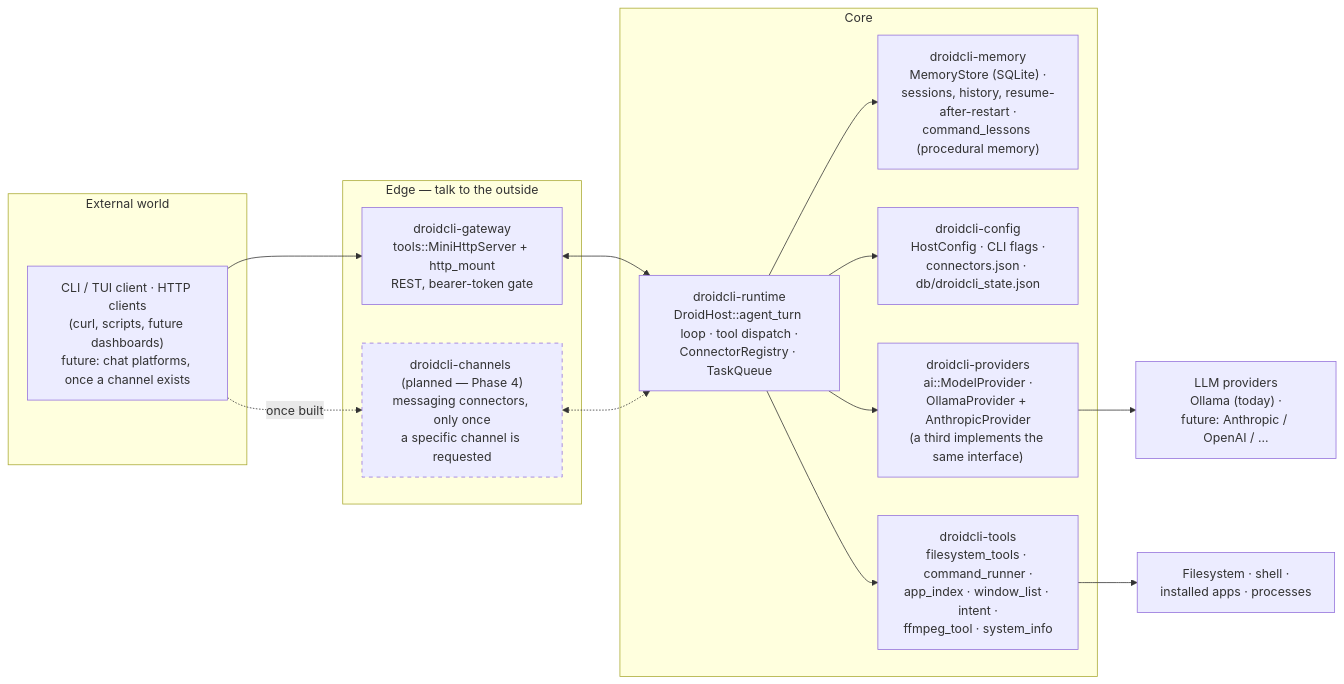
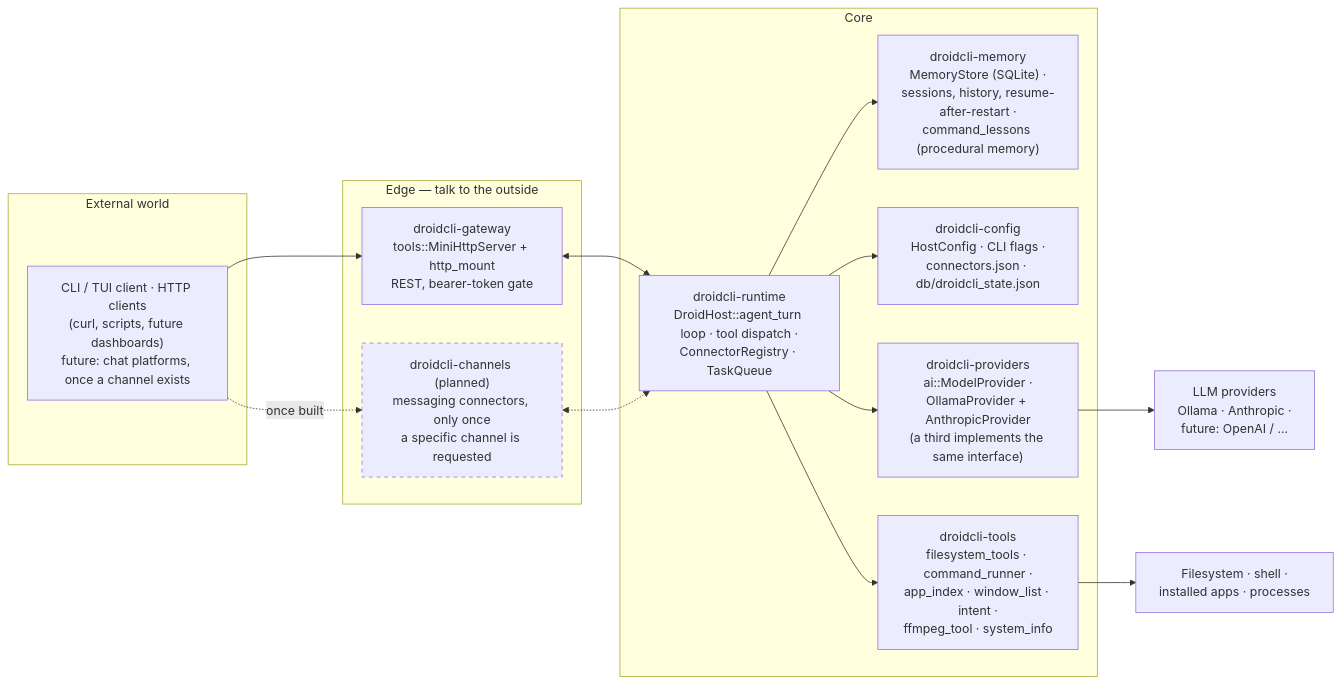
One commit to vecnode/droidcli changed the fifth of 6 diagrams in ARCHITECTURE.md. Above: the diagram before and after it, drawn with Mermaid. The commit also changed other lines of this file and 1 other file, not shown here.

First line of the commit message:
Trim ARCHITECTURE.md and add layered module diagram

````diff
--- a/ARCHITECTURE.md
+++ b/ARCHITECTURE.md
@@ -788,36 +643,36 @@
 ```mermaid
 flowchart LR
     subgraph EXT["External world"]
         CLIENTS["CLI / TUI client · HTTP clients\n(curl, scripts, future dashboards)\nfuture: chat platforms, once a channel exists"]
     end
 
     subgraph EDGE["Edge — talk to the outside"]
         GATEWAY["droidcli-gateway\ntools::MiniHttpServer + http_mount\nREST, bearer-token gate"]
-        CHANNELS["droidcli-channels (planned — Phase 4)\nmessaging connectors, only once\na specific channel is requested"]
+        CHANNELS["droidcli-channels (planned)\nmessaging connectors, only once\na specific channel is requested"]
     end
 
     subgraph CORE["Core"]
         RUNTIME["droidcli-runtime\nDroidHost::agent_turn loop · tool dispatch ·\nConnectorRegistry · TaskQueue"]
         MEMORY["droidcli-memory\nMemoryStore (SQLite) ·\nsessions, history, resume-after-restart ·\ncommand_lessons (procedural memory)"]
         CONFIG["droidcli-config\nHostConfig · CLI flags ·\nconnectors.json · db/droidcli_state.json"]
         PROVIDERS["droidcli-providers\nai::ModelProvider ·\nOllamaProvider + AnthropicProvider\n(a third implements the same interface)"]
         TOOLS["droidcli-tools\nfilesystem_tools · command_runner ·\napp_index · window_list · intent ·\nffmpeg_tool · system_info"]
         RUNTIME --> MEMORY
         RUNTIME --> CONFIG
         RUNTIME --> PROVIDERS
         RUNTIME --> TOOLS
     end
 
-    LLM["LLM providers\nOllama (today) ·\nfuture: Anthropic / OpenAI / ..."]
+    LLM["LLM providers\nOllama · Anthropic ·\nfuture: OpenAI / ..."]
     OS["Filesystem · shell ·\ninstalled apps · processes"]
 
     CLIENTS --> GATEWAY
     CLIENTS -.->|"once built"| CHANNELS
     GATEWAY <--> RUNTIME
     CHANNELS <-.-> RUNTIME
     PROVIDERS --> LLM
     TOOLS --> OS
 
     classDef planned stroke-dasharray: 5 5;
     class CHANNELS planned;
 ```
````
